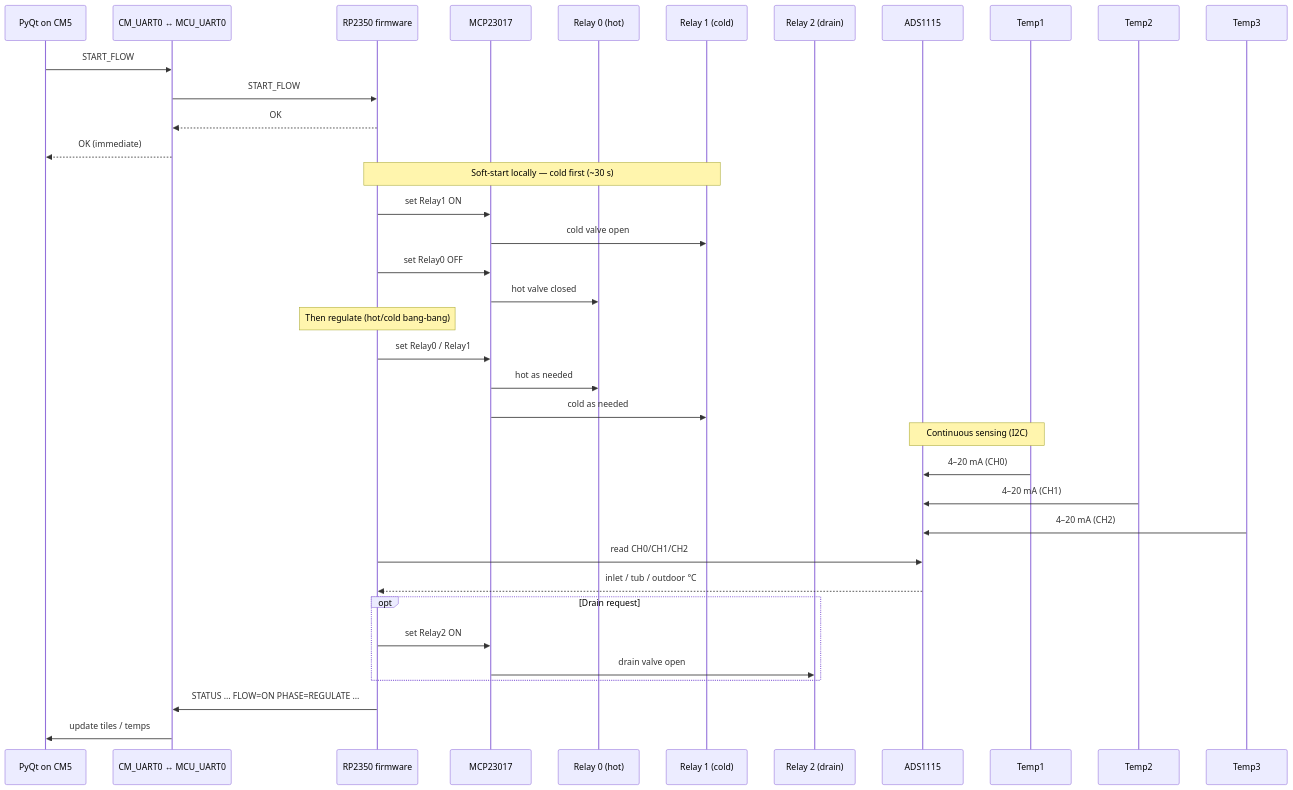
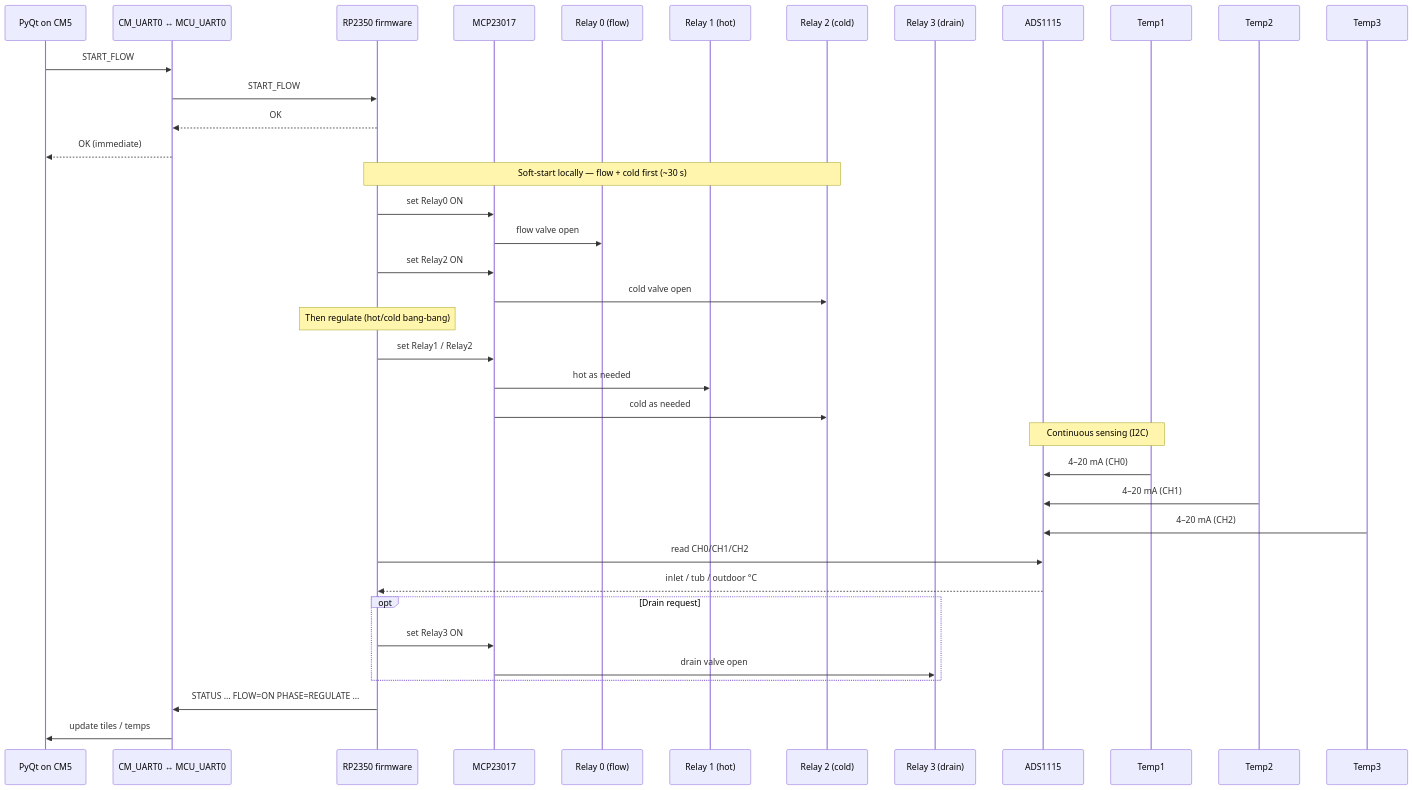
The fifth of 5 diagrams in doc/diagrams.md (raspipcb/oddurboga-cm5-rp2350), drawn with Mermaid before and after one commit. The commit also changed other lines of this file and 12 other files, not shown here.

````diff
--- a/doc/diagrams.md
+++ b/doc/diagrams.md
@@ -197,45 +203,46 @@
 ```mermaid
 sequenceDiagram
   participant UI as PyQt on CM5
   participant UART as CM_UART0 ↔ MCU_UART0
   participant FW as RP2350 firmware
   participant MCP as MCP23017
-  participant R0 as Relay 0 (hot)
-  participant R1 as Relay 1 (cold)
-  participant R2 as Relay 2 (drain)
+  participant R0 as Relay 0 (flow)
+  participant R1 as Relay 1 (hot)
+  participant R2 as Relay 2 (cold)
+  participant R3 as Relay 3 (drain)
   participant ADS as ADS1115
   participant T1 as Temp1
   participant T2 as Temp2
   participant T3 as Temp3
 
   UI->>UART: START_FLOW
   UART->>FW: START_FLOW
   FW-->>UART: OK
   UART-->>UI: OK (immediate)
 
-  Note over FW,R1: Soft-start locally — cold first (~30 s)
-  FW->>MCP: set Relay1 ON
-  MCP->>R1: cold valve open
-  FW->>MCP: set Relay0 OFF
-  MCP->>R0: hot valve closed
+  Note over FW,R2: Soft-start locally — flow + cold first (~30 s)
+  FW->>MCP: set Relay0 ON
+  MCP->>R0: flow valve open
+  FW->>MCP: set Relay2 ON
+  MCP->>R2: cold valve open
 
   Note over FW: Then regulate (hot/cold bang-bang)
-  FW->>MCP: set Relay0 / Relay1
-  MCP->>R0: hot as needed
-  MCP->>R1: cold as needed
+  FW->>MCP: set Relay1 / Relay2
+  MCP->>R1: hot as needed
+  MCP->>R2: cold as needed
 
   Note over T1,ADS: Continuous sensing (I2C)
   T1->>ADS: 4–20 mA (CH0)
   T2->>ADS: 4–20 mA (CH1)
   T3->>ADS: 4–20 mA (CH2)
   FW->>ADS: read CH0/CH1/CH2
   ADS-->>FW: inlet / tub / outdoor °C
 
   opt Drain request
-    FW->>MCP: set Relay2 ON
-    MCP->>R2: drain valve open
+    FW->>MCP: set Relay3 ON
+    MCP->>R3: drain valve open
   end
 
   FW->>UART: STATUS … FLOW=ON PHASE=REGULATE …
   UART->>UI: update tiles / temps
 ```
````
